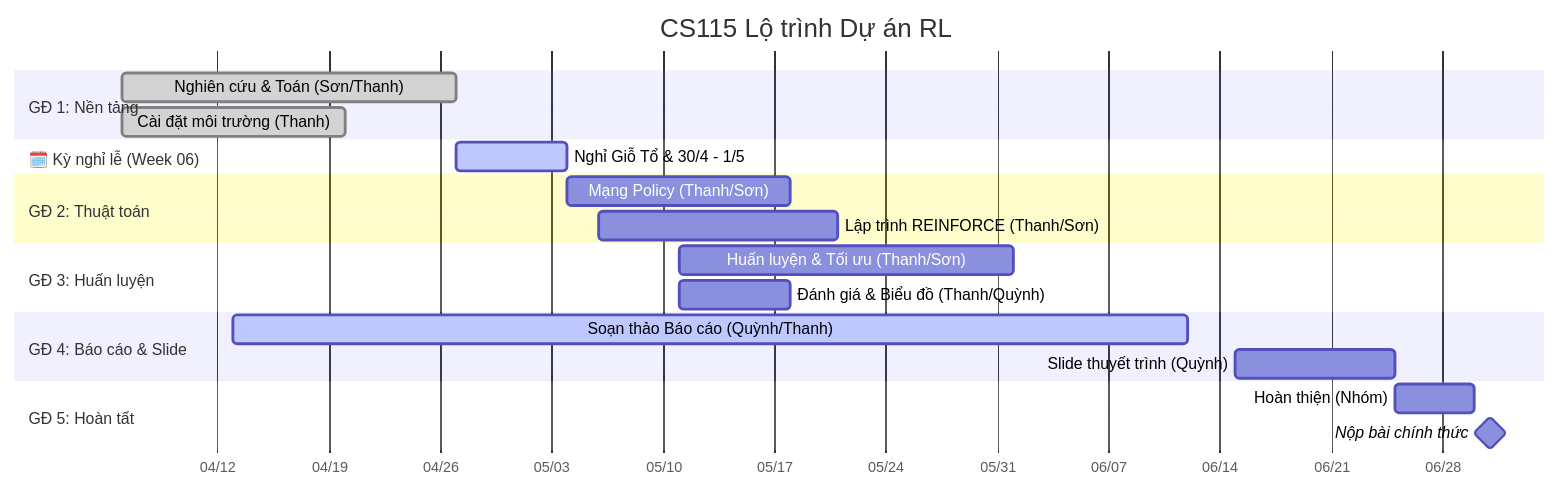
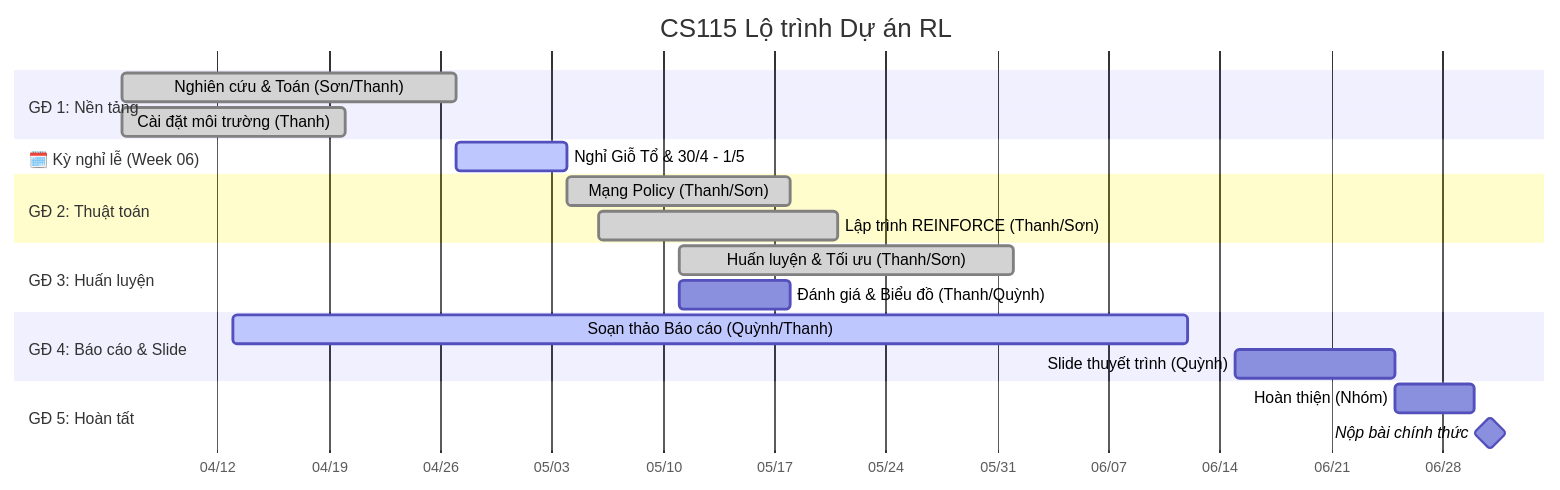
The diagram in docs/project-roadmap.md (uit-25730067-chithanh/CS115-Team05-PG), drawn with Mermaid before and after one commit. The commit also changed other lines of this file and 17 other files, not shown here.

````diff
--- a/docs/project-roadmap.md
+++ b/docs/project-roadmap.md
@@ -7,30 +7,30 @@
 ```mermaid
 gantt
     title CS115 Lộ trình Dự án RL
     dateFormat  YYYY-MM-DD
     tickInterval 1w
     axisFormat  %m/%d
 
     section GĐ 1: Nền tảng
     Nghiên cứu & Toán (Sơn/Thanh)     :done, des1, 2026-04-06, 21d
     Cài đặt môi trường (Thanh)        :done, des2, 2026-04-06, 14d
 
     section 🗓️ Kỳ nghỉ lễ (Week 06)
     Nghỉ Giỗ Tổ & 30/4 - 1/5          :active, holiday, 2026-04-27, 7d
 
     section GĐ 2: Thuật toán
-    Mạng Policy (Thanh/Sơn)           :des3, 2026-05-04, 14d
-    Lập trình REINFORCE (Thanh/Sơn)   :des4, 2026-05-06, 15d
+    Mạng Policy (Thanh/Sơn)           :done, des3, 2026-05-04, 14d
+    Lập trình REINFORCE (Thanh/Sơn)   :done, des4, 2026-05-06, 15d
 
     section GĐ 3: Huấn luyện
-    Huấn luyện & Tối ưu (Thanh/Sơn)   :des5, 2026-05-11, 21d
+    Huấn luyện & Tối ưu (Thanh/Sơn)   :done, des5, 2026-05-11, 21d
     Đánh giá & Biểu đồ (Thanh/Quỳnh)  :des6, 2026-05-11, 7d
 
     section GĐ 4: Báo cáo & Slide
     Soạn thảo Báo cáo (Quỳnh/Thanh)   :active, des7, 2026-04-13, 60d
     Slide thuyết trình (Quỳnh)        :des8, 2026-06-15, 10d
 
     section GĐ 5: Hoàn tất
     Hoàn thiện (Nhóm)                 :des9, 2026-06-25, 5d
     Nộp bài chính thức                :milestone, des10, 2026-07-01, 0d
 ```
````
